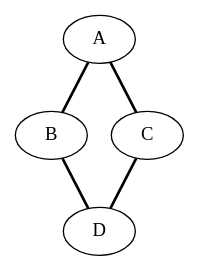
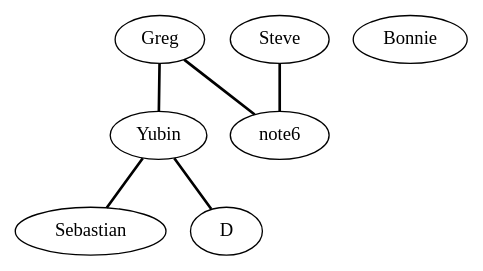
The diagram in DOT/sample.dot (gsiegle/polycule-grapher), drawn with Graphviz before and after one commit.

Commit message:
Named.dot
Cule with some names

```diff
--- a/DOT/sample.dot
+++ b/DOT/sample.dot
@@ -1,11 +1,14 @@
 graph sample {
-	node1 [label="A"]
-	node2 [label="B"]
-	node3 [label="C"]
+	node1 [label="Greg"]
+	node2 [label="Yubin"]
+	node3 [label="Sebastian"]
 	node4 [label="D"]
+	node5 [label="Steve"]
+	node6 [label="Bonnie"]
 
 	node1 -- node2 [len=1.25,label="",style=bold]
-	node1 -- node3 [len=1.25,label="",style=bold]
+	node2 -- node3 [len=1.25,label="",style=bold]
 	node2 -- node4 [len=1.25,label="",style=bold]
-	node3 -- node4 [len=1.25,label="",style=bold]
+    node1 -- note6 [len=1.25,label="",style=bold]
+	node5 -- note6 [len=1.25,label="",style=bold]
 }
```
